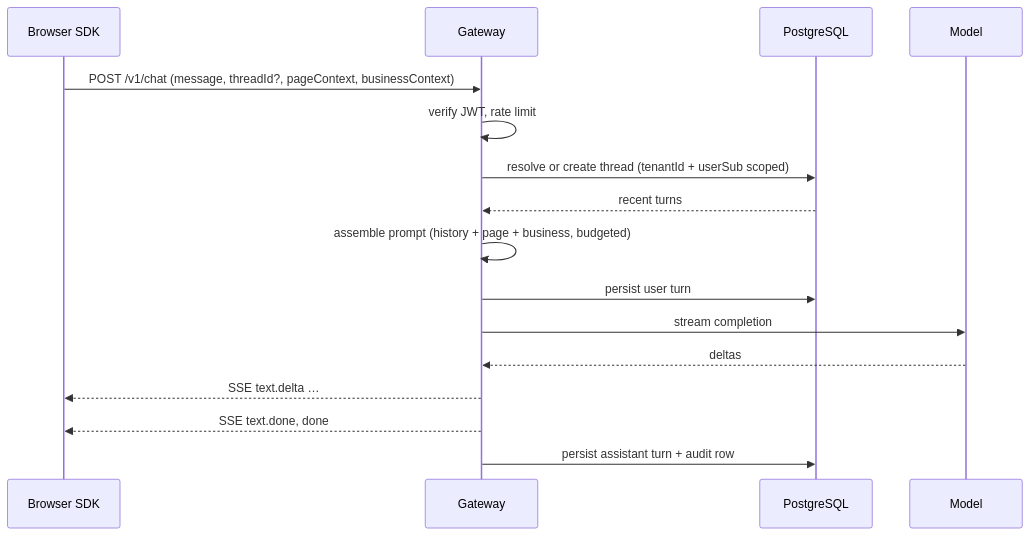
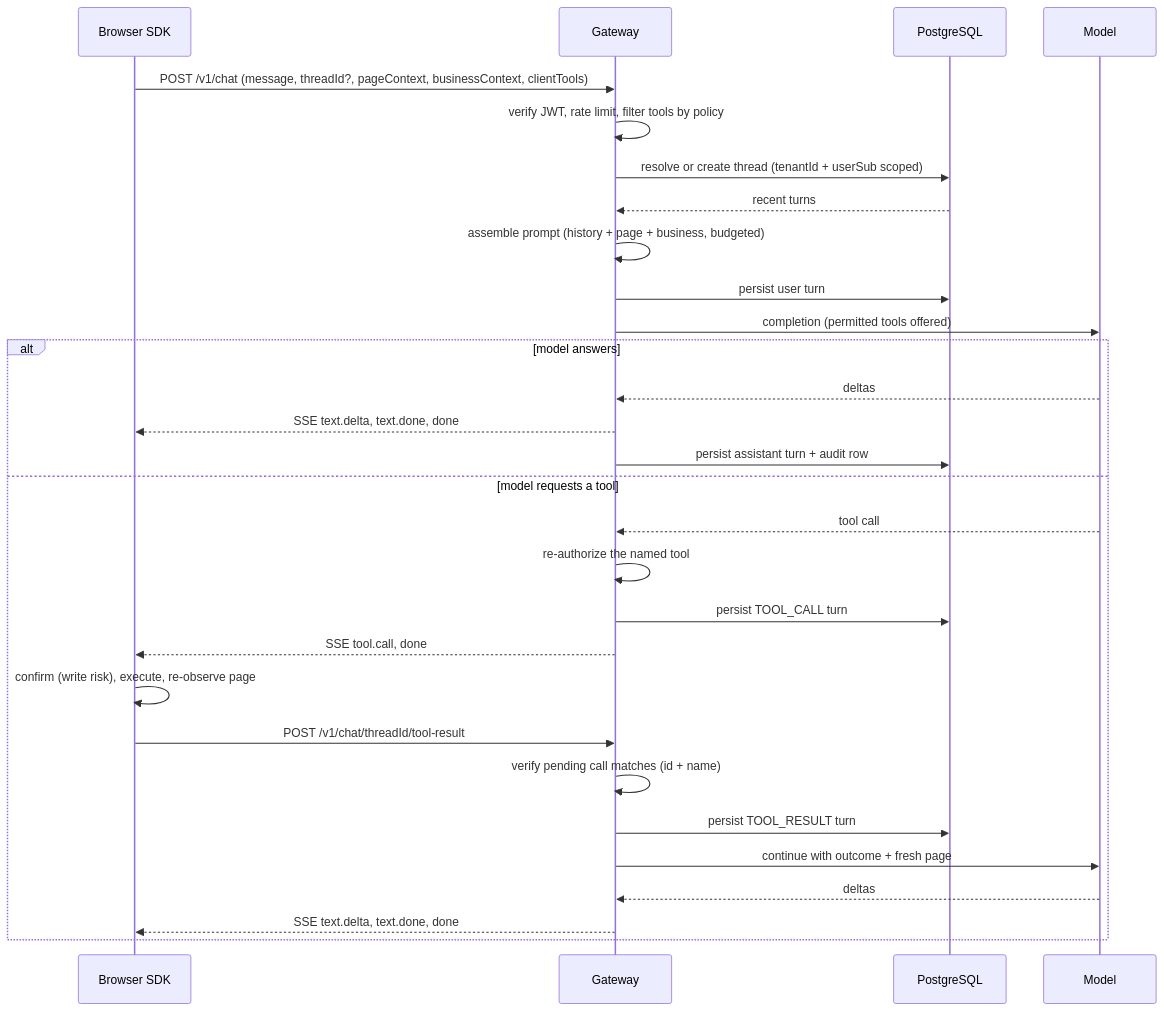
Before and after one commit to PlatonaBoy/PageCopilotKit: the second of 2 diagrams in docs/architecture.md, drawn with Mermaid. The commit also changed other lines of this file and 11 other files, not shown here.

````diff
--- a/docs/architecture.md
+++ b/docs/architecture.md
@@ -88,19 +102,32 @@
 ```mermaid
 sequenceDiagram
   participant B as Browser SDK
   participant G as Gateway
   participant D as PostgreSQL
   participant M as Model
 
-  B->>G: POST /v1/chat (message, threadId?, pageContext, businessContext)
-  G->>G: verify JWT, rate limit
+  B->>G: POST /v1/chat (message, threadId?, pageContext, businessContext, clientTools)
+  G->>G: verify JWT, rate limit, filter tools by policy
   G->>D: resolve or create thread (tenantId + userSub scoped)
   D-->>G: recent turns
   G->>G: assemble prompt (history + page + business, budgeted)
   G->>D: persist user turn
-  G->>M: stream completion
-  M-->>G: deltas
-  G-->>B: SSE text.delta …
-  G-->>B: SSE text.done, done
-  G->>D: persist assistant turn + audit row
+  G->>M: completion (permitted tools offered)
+  alt model answers
+    M-->>G: deltas
+    G-->>B: SSE text.delta, text.done, done
+    G->>D: persist assistant turn + audit row
+  else model requests a tool
+    M-->>G: tool call
+    G->>G: re-authorize the named tool
+    G->>D: persist TOOL_CALL turn
+    G-->>B: SSE tool.call, done
+    B->>B: confirm (write risk), execute, re-observe page
+    B->>G: POST /v1/chat/threadId/tool-result
+    G->>G: verify pending call matches (id + name)
+    G->>D: persist TOOL_RESULT turn
+    G->>M: continue with outcome + fresh page
+    M-->>G: deltas
+    G-->>B: SSE text.delta, text.done, done
+  end
 ```
````
